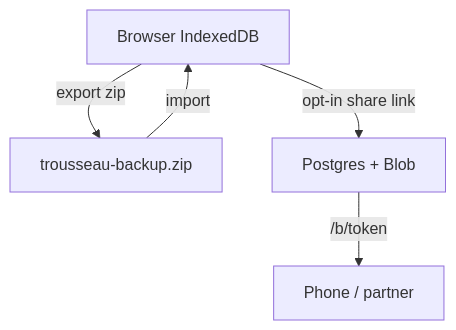
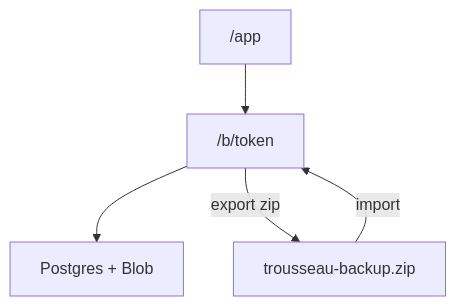
The diagram in docs/privacy.md (smeltery/trousseau), drawn with Mermaid before and after one commit. The commit also changed other lines of this file and 15 other files, not shown here.

````diff
--- a/docs/privacy.md
+++ b/docs/privacy.md
@@ -21,7 +14,7 @@
 ```mermaid
 flowchart TD
-  browser["Browser IndexedDB"] -->|"export zip"| file["trousseau-backup.zip"]
-  file -->|"import"| browser
-  browser -->|"opt-in share link"| cloud["Postgres + Blob"]
-  cloud -->|"/b/token"| partners["Phone / partner"]
+  app["/app"] --> cloud["/b/token"]
+  cloud --> pg["Postgres + Blob"]
+  cloud -->|"export zip"| file["trousseau-backup.zip"]
+  file -->|"import"| cloud
 ```
````
